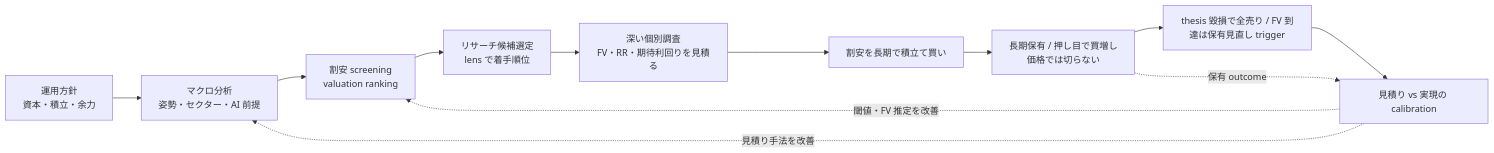
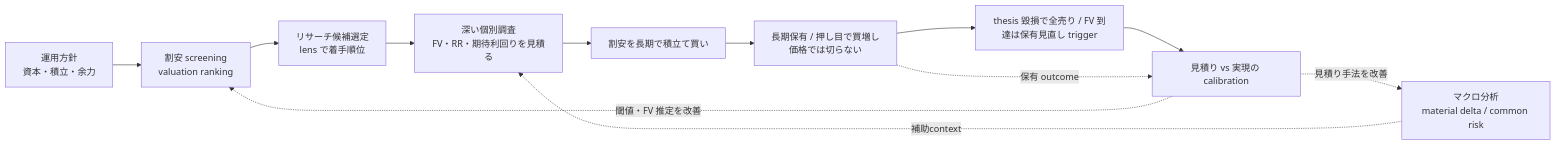
The diagram in docs/doctrine.md (koumatsumoto/baibai-loop), drawn with Mermaid before and after one commit. The commit also changed other lines of this file and 72 other files, not shown here.

Commit message:
refactor(macro): separate material context from selection

````diff
--- a/docs/doctrine.md
+++ b/docs/doctrine.md
@@ -27,14 +27,14 @@
 ```mermaid
 flowchart LR
-  policy["運用方針<br/>資本・積立・余力"] --> macro["マクロ分析<br/>姿勢・セクター・AI 前提"]
-  macro --> screen["割安 screening<br/>valuation ranking"]
+  policy["運用方針<br/>資本・積立・余力"] --> screen["割安 screening<br/>valuation ranking"]
+  macro["マクロ分析<br/>material delta / common risk"] -.補助context.-> research
   screen --> select["リサーチ候補選定<br/>lens で着手順位"]
   select --> research["深い個別調査<br/>FV・RR・期待利回りを見積る"]
   research --> buy["割安を長期で積立て買い"]
   buy --> hold["長期保有 / 押し目で買増し<br/>価格では切らない"]
   hold --> sell["thesis 毀損で全売り / FV 到達は保有見直し trigger"]
   sell --> calib["見積り vs 実現の calibration"]
   hold -.保有 outcome.-> calib
   calib -.見積り手法を改善.-> macro
   calib -.閾値・FV 推定を改善.-> screen
 ```
````
